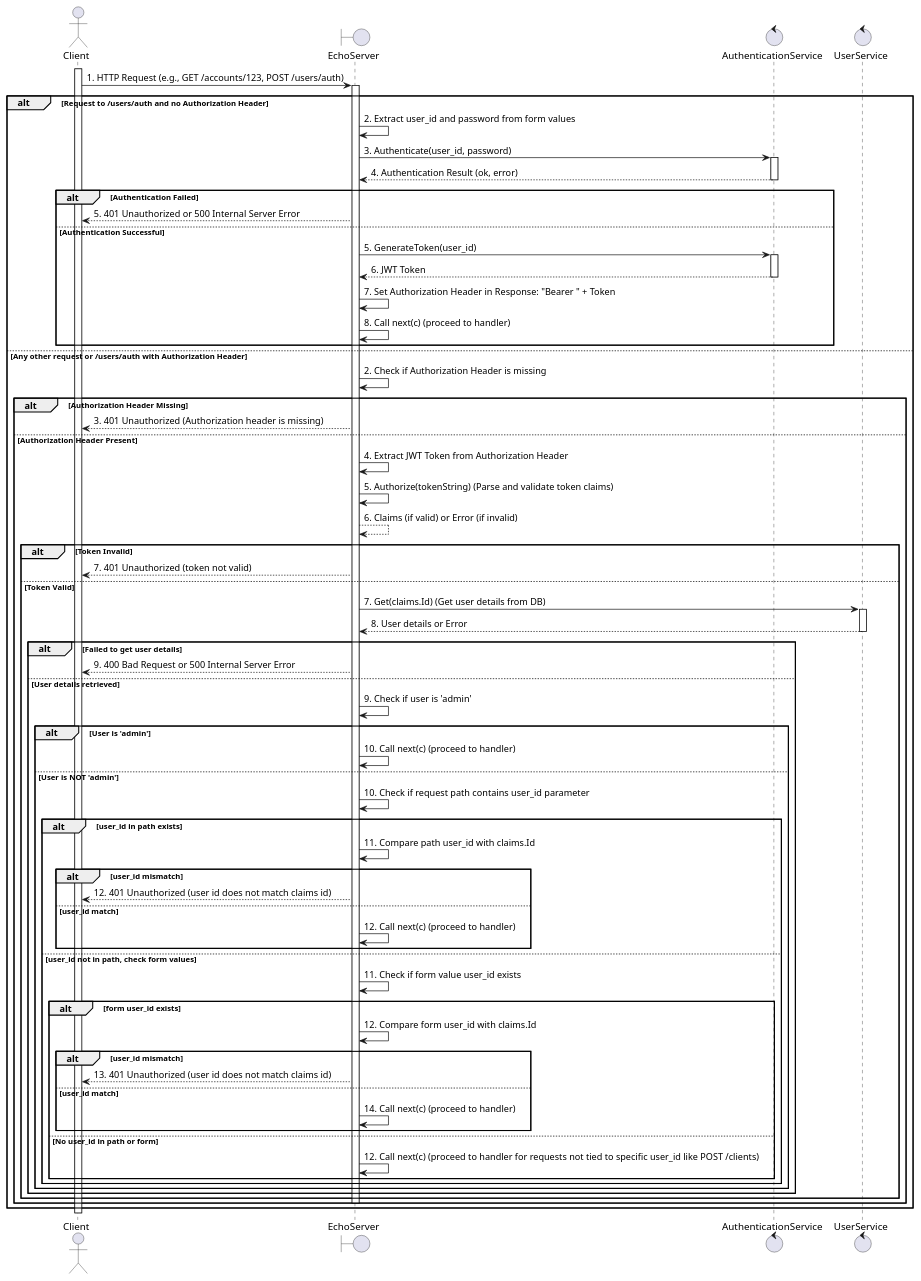
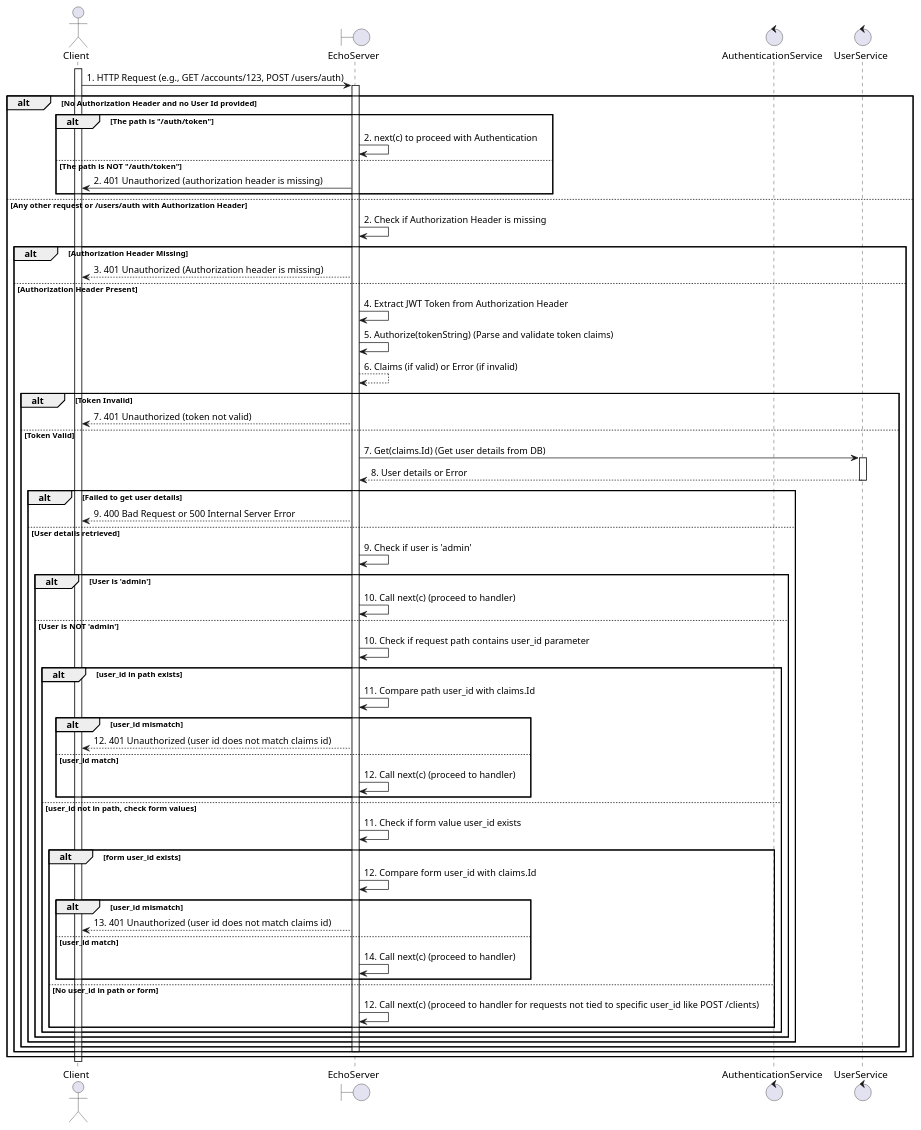
The diagram in docs/Authentication and Authorization/SequenciaAutorizacao.puml (JulioKobayashiEbury/BankingAPI), drawn with PlantUML before and after one commit. The commit also changed 14 other files, not shown here.

Commit message:
[BnakingAPI][v1.2.7]     - Logging is now saved into file     - User service test Update is now functional

```diff
--- a/docs/Authentication and Authorization/SequenciaAutorizacao.puml
+++ b/docs/Authentication and Authorization/SequenciaAutorizacao.puml
@@ -1,77 +1,66 @@
 @startuml
 actor Client
 boundary EchoServer
 control AuthenticationService
 control UserService
 
 activate Client
 Client -> EchoServer: 1. HTTP Request (e.g., GET /accounts/123, POST /users/auth)
 activate EchoServer
-alt Request to /users/auth and no Authorization Header
-    
-    EchoServer -> EchoServer: 2. Extract user_id and password from form values
-    EchoServer -> AuthenticationService: 3. Authenticate(user_id, password)
-    activate AuthenticationService
-    AuthenticationService --> EchoServer: 4. Authentication Result (ok, error)
-    deactivate AuthenticationService
-    alt Authentication Failed
-        EchoServer --> Client: 5. 401 Unauthorized or 500 Internal Server Error
-    else Authentication Successful
-        EchoServer -> AuthenticationService: 5. GenerateToken(user_id)
-        activate AuthenticationService
-        AuthenticationService --> EchoServer: 6. JWT Token
-        deactivate AuthenticationService
-        EchoServer -> EchoServer: 7. Set Authorization Header in Response: "Bearer " + Token
-        EchoServer -> EchoServer: 8. Call next(c) (proceed to handler)
+alt No Authorization Header and no User Id provided
+    alt The path is "/auth/token"
+        EchoServer -> EchoServer: 2. next(c) to proceed with Authentication
+    else The path is NOT "/auth/token"
+        EchoServer -> Client: 2. 401 Unauthorized (authorization header is missing)
     end
 else Any other request or /users/auth with Authorization Header
     EchoServer -> EchoServer: 2. Check if Authorization Header is missing
     alt Authorization Header Missing
         EchoServer --> Client: 3. 401 Unauthorized (Authorization header is missing)
     else Authorization Header Present
         EchoServer -> EchoServer: 4. Extract JWT Token from Authorization Header
         EchoServer -> EchoServer: 5. Authorize(tokenString) (Parse and validate token claims)
         EchoServer --> EchoServer: 6. Claims (if valid) or Error (if invalid)
         alt Token Invalid
             EchoServer --> Client: 7. 401 Unauthorized (token not valid)
         else Token Valid
             EchoServer -> UserService: 7. Get(claims.Id) (Get user details from DB)
             activate UserService
             UserService --> EchoServer: 8. User details or Error
             deactivate UserService
             alt Failed to get user details
                 EchoServer --> Client: 9. 400 Bad Request or 500 Internal Server Error
             else User details retrieved
                 EchoServer -> EchoServer: 9. Check if user is 'admin'
                 alt User is 'admin'
                     EchoServer -> EchoServer: 10. Call next(c) (proceed to handler)
                 else User is NOT 'admin'
                     EchoServer -> EchoServer: 10. Check if request path contains user_id parameter
                     alt user_id in path exists
                         EchoServer -> EchoServer: 11. Compare path user_id with claims.Id
                         alt user_id mismatch
                             EchoServer --> Client: 12. 401 Unauthorized (user id does not match claims id)
                         else user_id match
                             EchoServer -> EchoServer: 12. Call next(c) (proceed to handler)
                         end
                     else user_id not in path, check form values
                         EchoServer -> EchoServer: 11. Check if form value user_id exists
                         alt form user_id exists
                             EchoServer -> EchoServer: 12. Compare form user_id with claims.Id
                             alt user_id mismatch
                                 EchoServer --> Client: 13. 401 Unauthorized (user id does not match claims id)
                             else user_id match
                                 EchoServer -> EchoServer: 14. Call next(c) (proceed to handler)
                             end
                         else No user_id in path or form
                             EchoServer -> EchoServer: 12. Call next(c) (proceed to handler for requests not tied to specific user_id like POST /clients)
                         end
                     end
                 end
             end
         end
     deactivate EchoServer
     end
 end
 deactivate Client
 @enduml
```
